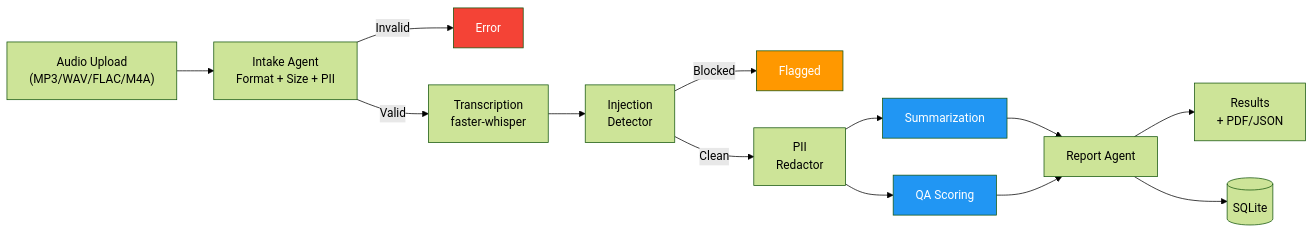
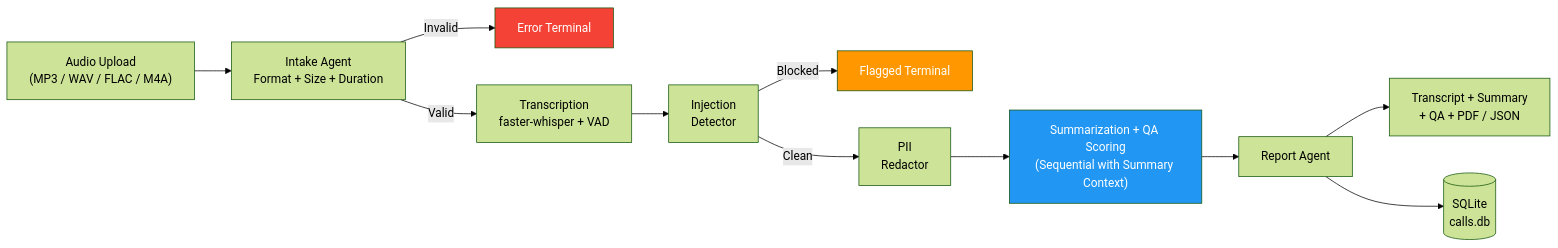
The second of 7 diagrams in README.md (ANI-IN/Call-Center-Intelligence-System), drawn with Mermaid (forest theme) before and after one commit. The commit also changed other lines of this file, not shown here.

````diff
--- a/README.md
+++ b/README.md
@@ -100,20 +98,17 @@
 ```mermaid
 graph LR
-    A["Audio Upload<br/>(MP3/WAV/FLAC/M4A)"] --> B["Intake Agent<br/>Format + Size + PII"]
-    B -->|Invalid| ERR["Error"]
-    B -->|Valid| C["Transcription<br/>faster-whisper"]
+    A["Audio Upload<br/>(MP3 / WAV / FLAC / M4A)"] --> B["Intake Agent<br/>Format + Size + Duration"]
+    B -->|Invalid| ERR["Error Terminal"]
+    B -->|Valid| C["Transcription<br/>faster-whisper + VAD"]
     C --> D["Injection<br/>Detector"]
-    D -->|Blocked| FLAG["Flagged"]
+    D -->|Blocked| FLAG["Flagged Terminal"]
     D -->|Clean| E["PII<br/>Redactor"]
-    E --> F["Summarization"]
-    E --> G["QA Scoring"]
+    E --> F["Summarization + QA Scoring<br/>(Sequential with Summary Context)"]
     F --> H["Report Agent"]
-    G --> H
-    H --> OUT["Results<br/>+ PDF/JSON"]
-    H --> DB[("SQLite")]
+    H --> OUT["Transcript + Summary<br/>+ QA + PDF / JSON"]
+    H --> DB[("SQLite<br/>calls.db")]
 
     style F fill:#2196F3,color:white
-    style G fill:#2196F3,color:white
     style ERR fill:#f44336,color:white
     style FLAG fill:#FF9800,color:white
 ```
````
